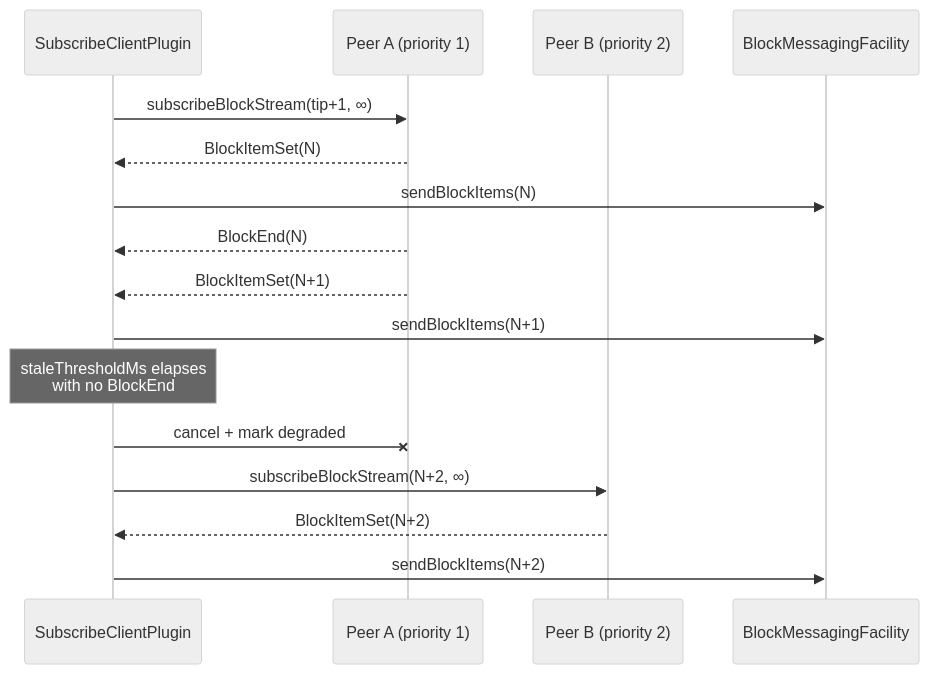
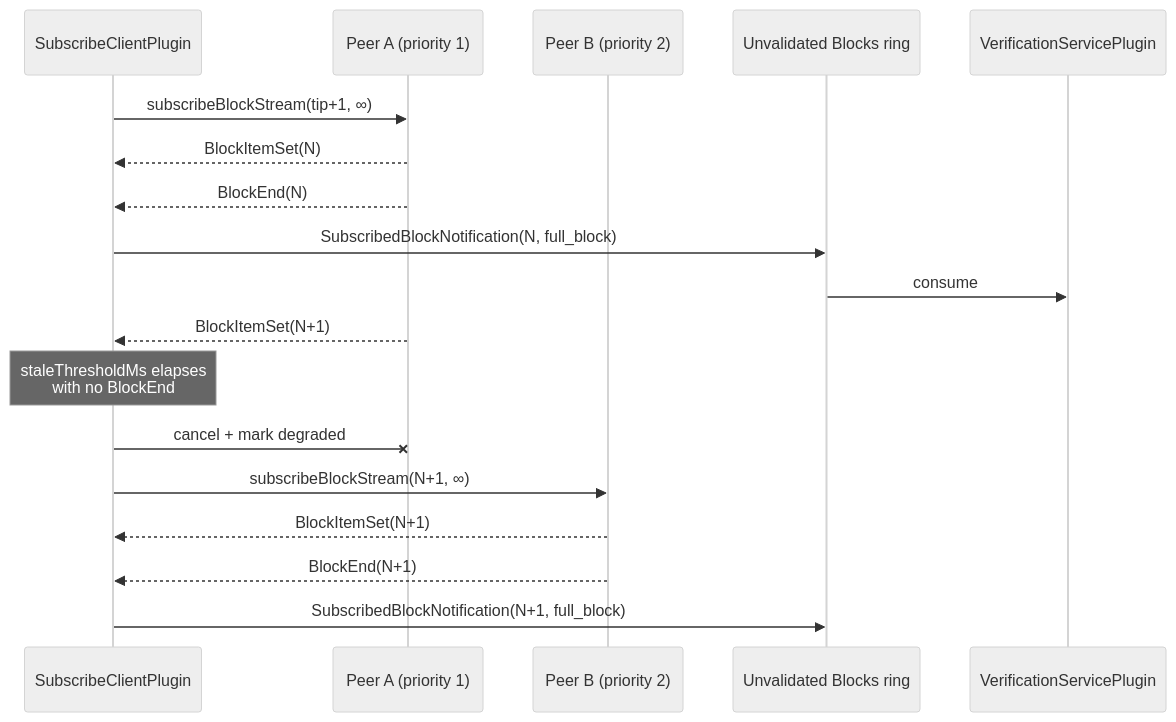
Before and after one commit to hiero-ledger/hiero-block-node: the second of 2 diagrams in docs/design/streaming/subscribe-client-plugin.md, drawn with Mermaid (neutral theme). The commit also changed other lines of this file, not shown here.

````diff
--- a/docs/design/streaming/subscribe-client-plugin.md
+++ b/docs/design/streaming/subscribe-client-plugin.md
@@ -302,19 +371,21 @@
 ```mermaid
 sequenceDiagram
     participant SC as SubscribeClientPlugin
     participant P1 as Peer A (priority 1)
     participant P2 as Peer B (priority 2)
-    participant BMF as BlockMessagingFacility
+    participant UR as Unvalidated Blocks ring
+    participant VER as VerificationServicePlugin
 
     SC->>P1: subscribeBlockStream(tip+1, ∞)
     P1-->>SC: BlockItemSet(N)
-    SC->>BMF: sendBlockItems(N)
     P1-->>SC: BlockEnd(N)
+    SC->>UR: SubscribedBlockNotification(N, full_block)
+    UR->>VER: consume
     P1-->>SC: BlockItemSet(N+1)
-    SC->>BMF: sendBlockItems(N+1)
     Note over SC: staleThresholdMs elapses<br/>with no BlockEnd
     SC-x P1: cancel + mark degraded
-    SC->>P2: subscribeBlockStream(N+2, ∞)
-    P2-->>SC: BlockItemSet(N+2)
-    SC->>BMF: sendBlockItems(N+2)
+    SC->>P2: subscribeBlockStream(N+1, ∞)
+    P2-->>SC: BlockItemSet(N+1)
+    P2-->>SC: BlockEnd(N+1)
+    SC->>UR: SubscribedBlockNotification(N+1, full_block)
 ```
````
